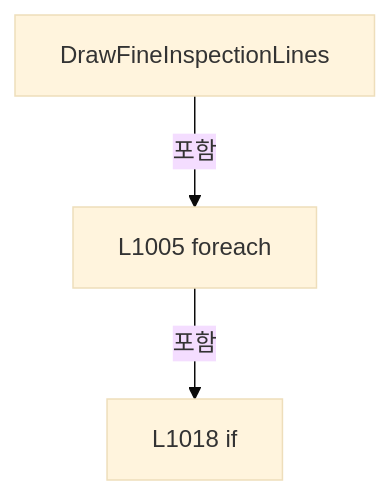
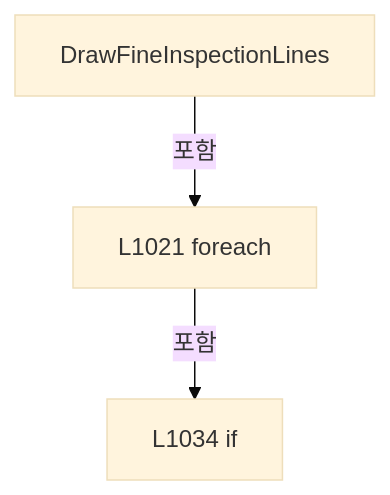
One commit to kjuws10-rgb/Shared changed the fifth of 22 diagrams in A3 LD Code Ref/files/Drilling.UI/Menu/Menus/CReviewGlassPreviewBuilder.cs.md. Above: the diagram before and after it, drawn with Mermaid (base theme). The commit also changed other lines of this file and 2071 other files, not shown here.

Commit message:
docs(a3): update 11.19.0 architecture and code reference

````diff
--- a/A3 LD Code Ref/files/Drilling.UI/Menu/Menus/CReviewGlassPreviewBuilder.cs.md
+++ b/A3 LD Code Ref/files/Drilling.UI/Menu/Menus/CReviewGlassPreviewBuilder.cs.md
@@ -1621,8 +1636,8 @@
 ```mermaid
 flowchart TD
  M["DrawFineInspectionLines"]
- N0["L1005 foreach"]
+ N0["L1021 foreach"]
  M -->|포함| N0
- N1["L1018 if"]
+ N1["L1034 if"]
  N0 -->|포함| N1
 ```
````
